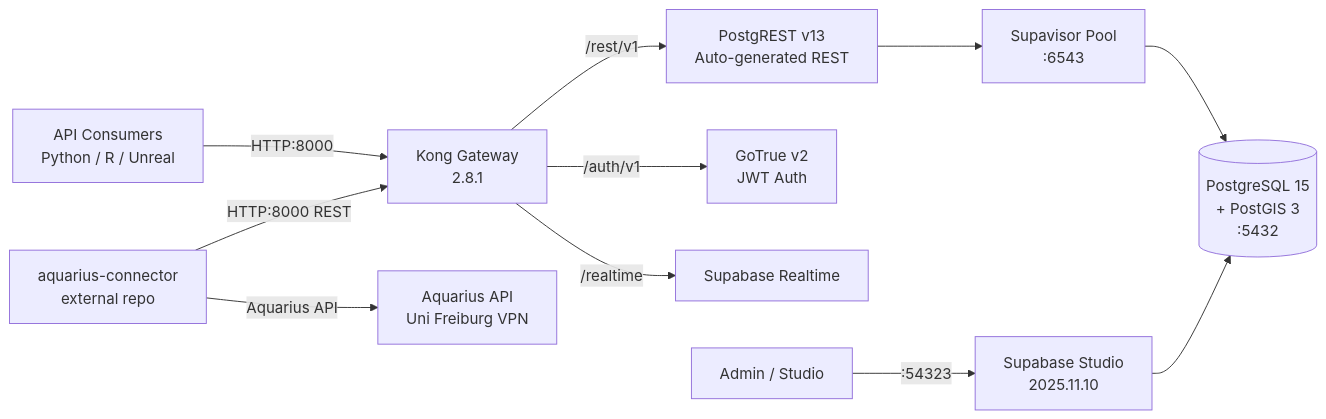
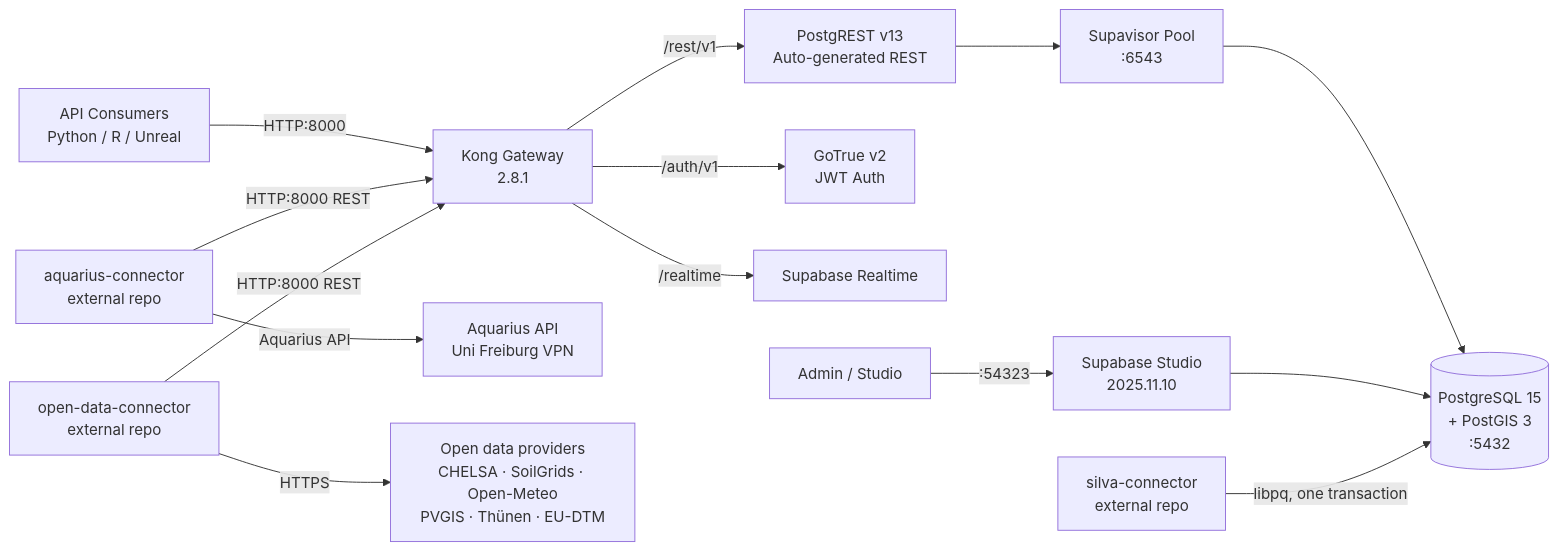
One commit to XRFutureForests/digital-twin-db changed the second of 8 diagrams in docs/architecture.md. Above: the diagram before and after it, drawn with Mermaid. The commit also changed other lines of this file, not shown here.

First line of the commit message:
docs(architecture): show all three connectors, not only aquarius (XRFF-381)

````diff
--- a/docs/architecture.md
+++ b/docs/architecture.md
@@ -143,13 +143,16 @@
 ```mermaid
 graph LR
     Client[API Consumers<br/>Python / R / Unreal] -->|HTTP:8000| Kong[Kong Gateway<br/>2.8.1]
     Kong -->|/rest/v1| PostgREST[PostgREST v13<br/>Auto-generated REST]
     Kong -->|/auth/v1| GoTrue[GoTrue v2<br/>JWT Auth]
     Kong -->|/realtime| Realtime[Supabase Realtime]
     PostgREST --> Supavisor[Supavisor Pool<br/>:6543]
     Supavisor --> PG[(PostgreSQL 15<br/>+ PostGIS 3<br/>:5432)]
     Admin[Admin / Studio] -->|:54323| Studio[Supabase Studio<br/>2025.11.10]
     Studio --> PG
     Connector[aquarius-connector<br/>external repo] -->|Aquarius API| AQ[Aquarius API<br/>Uni Freiburg VPN]
     Connector -->|HTTP:8000 REST| Kong
+    OpenData[open-data-connector<br/>external repo] -->|HTTPS| Providers[Open data providers<br/>CHELSA · SoilGrids · Open-Meteo<br/>PVGIS · Thünen · EU-DTM]
+    OpenData -->|HTTP:8000 REST| Kong
+    Silva[silva-connector<br/>external repo] -->|libpq, one transaction| PG
 ```
````
